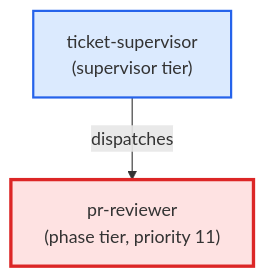
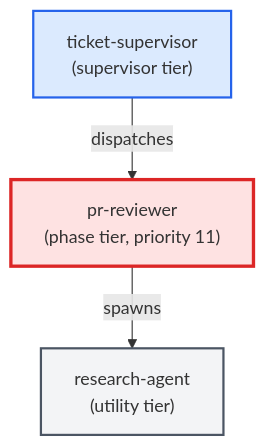
Before and after one commit to urlmonitor/leafcutter-ai: the diagram in docs/agents/cards/pr-reviewer.card.md, drawn with Mermaid. The commit also changed other lines of this file and 5 other files, not shown here.

````diff
--- a/docs/agents/cards/pr-reviewer.card.md
+++ b/docs/agents/cards/pr-reviewer.card.md
@@ -51,12 +51,14 @@
 ```mermaid
 flowchart TD
     classDef supervisor fill:#dbeafe,stroke:#2563eb,stroke-width:2px
     classDef phase fill:#d1fae5,stroke:#059669,stroke-width:2px
     classDef utility fill:#f3f4f6,stroke:#4b5563,stroke-width:2px
     classDef target fill:#fee2e2,stroke:#dc2626,stroke-width:3px
 
     ticket_supervisor["ticket-supervisor\n(supervisor tier)"]:::supervisor
     pr_reviewer["pr-reviewer\n(phase tier, priority 11)"]:::target
+    research_agent["research-agent\n(utility tier)"]:::utility
 
     ticket_supervisor -->|dispatches| pr_reviewer
+    pr_reviewer -->|spawns| research_agent
 ```
````
